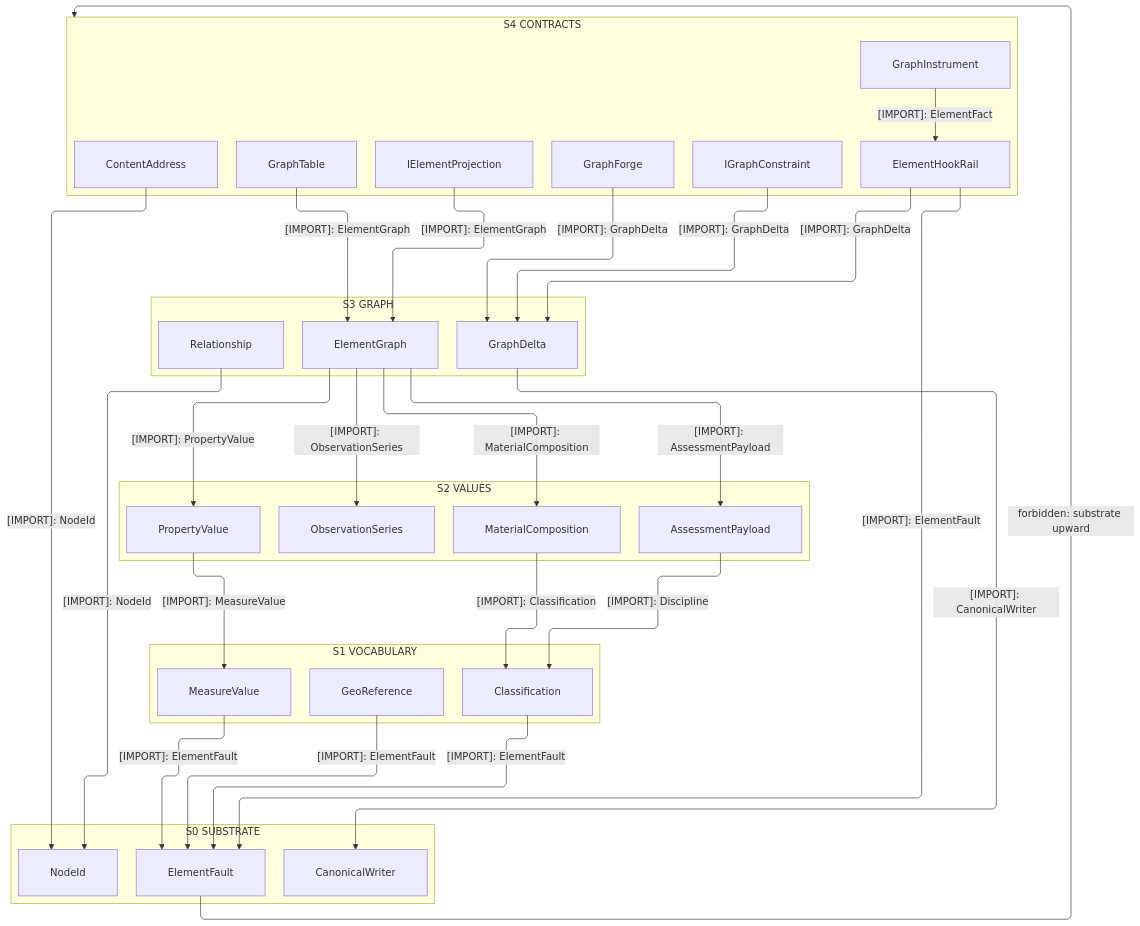
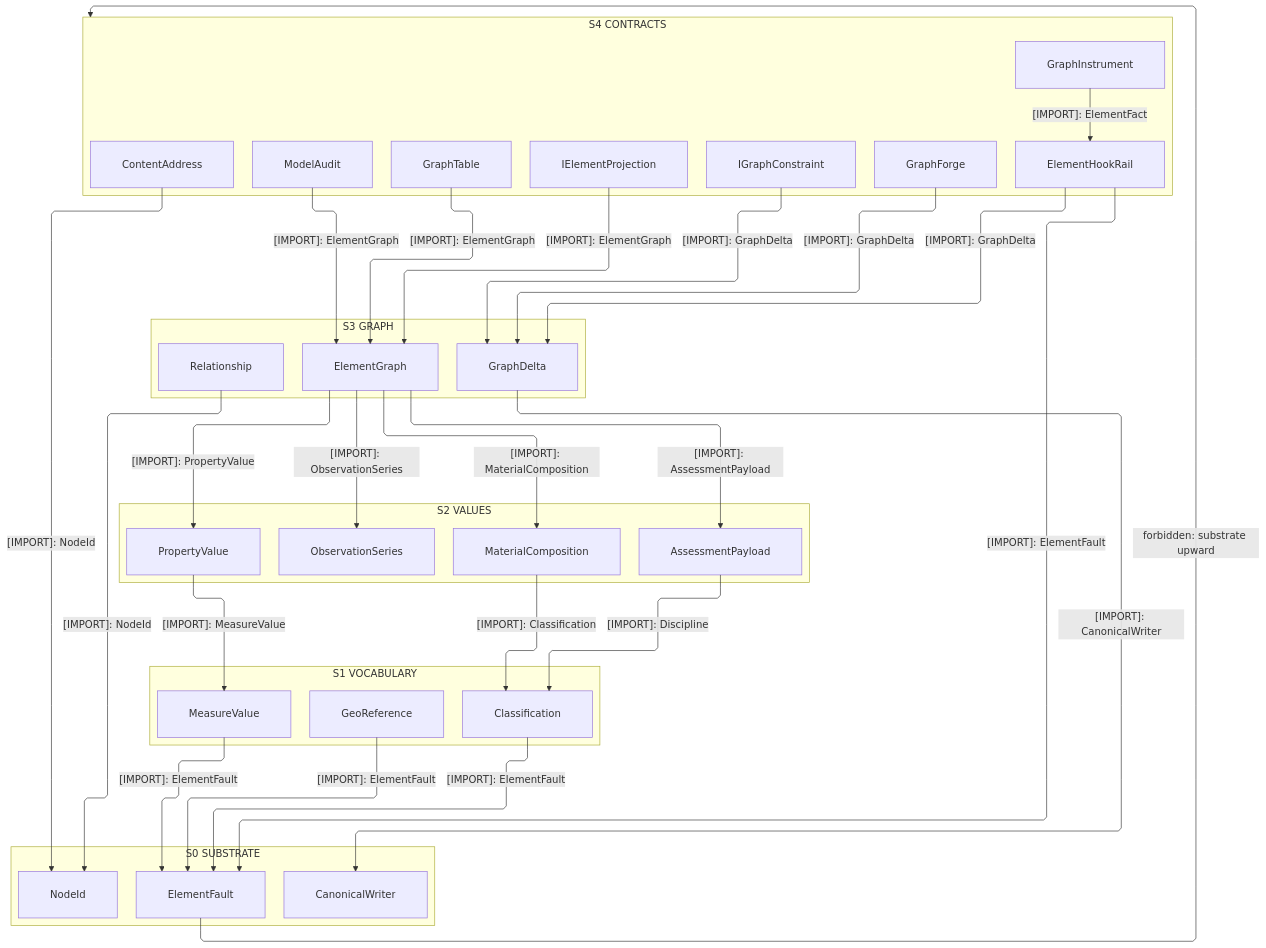
One commit to bsamiee/Rasm changed the first of 3 diagrams in libs/csharp/Rasm.Element/ARCHITECTURE.md. Above: the diagram before and after it, drawn with Mermaid. The commit also changed other lines of this file and 747 other files, not shown here.

````diff
--- a/libs/csharp/Rasm.Element/ARCHITECTURE.md
+++ b/libs/csharp/Rasm.Element/ARCHITECTURE.md
@@ -58,63 +60,65 @@
 ```mermaid
 ---
 config:
   layout: elk
   flowchart:
     curve: linear
     padding: 25
 ---
 flowchart TB
     accTitle: Rasm.Element interior strata
     accDescr: Five member-resolved strata from the projection contracts and content codec through the element graph and its value and vocabulary families onto the fault-and-key substrate, every consumption edge downward naming one sourced type, and one forbidden upward edge marked.
     subgraph S4["S4 CONTRACTS"]
         IProjection[IElementProjection]
         IConstraint[IGraphConstraint]
         Address[ContentAddress]
         HookRail[ElementHookRail]
         Instrument[GraphInstrument]
         Forge[GraphForge]
         Table[GraphTable]
+        Audit[ModelAudit]
     end
     subgraph S3["S3 GRAPH"]
         ElementGraph[ElementGraph]
         Delta[GraphDelta]
         Relationship[Relationship]
     end
     subgraph S2["S2 VALUES"]
         Property[PropertyValue]
         Composition[MaterialComposition]
         Payload[AssessmentPayload]
         Series[ObservationSeries]
     end
     subgraph S1["S1 VOCABULARY"]
         Classification[Classification]
         Measure[MeasureValue]
         GeoReference[GeoReference]
     end
     subgraph S0["S0 SUBSTRATE"]
         Fault[ElementFault]
         Writer[CanonicalWriter]
         NodeId[NodeId]
     end
     IProjection -->|"[IMPORT]: ElementGraph"| ElementGraph
     IConstraint -->|"[IMPORT]: GraphDelta"| Delta
     HookRail -->|"[IMPORT]: GraphDelta"| Delta
     HookRail -->|"[IMPORT]: ElementFault"| Fault
     Instrument -->|"[IMPORT]: ElementFact"| HookRail
     Forge -->|"[IMPORT]: GraphDelta"| Delta
     Table -->|"[IMPORT]: ElementGraph"| ElementGraph
+    Audit -->|"[IMPORT]: ElementGraph"| ElementGraph
     Address -->|"[IMPORT]: NodeId"| NodeId
     ElementGraph -->|"[IMPORT]: PropertyValue"| Property
     ElementGraph -->|"[IMPORT]: MaterialComposition"| Composition
     ElementGraph -->|"[IMPORT]: AssessmentPayload"| Payload
     ElementGraph -->|"[IMPORT]: ObservationSeries"| Series
     Delta -->|"[IMPORT]: CanonicalWriter"| Writer
     Relationship -->|"[IMPORT]: NodeId"| NodeId
     Property -->|"[IMPORT]: MeasureValue"| Measure
     Payload -->|"[IMPORT]: Discipline"| Classification
     Composition -->|"[IMPORT]: Classification"| Classification
     Classification -->|"[IMPORT]: ElementFault"| Fault
     GeoReference -->|"[IMPORT]: ElementFault"| Fault
     Measure -->|"[IMPORT]: ElementFault"| Fault
     Fault -->|"forbidden: substrate upward"| S4
 ```
````
